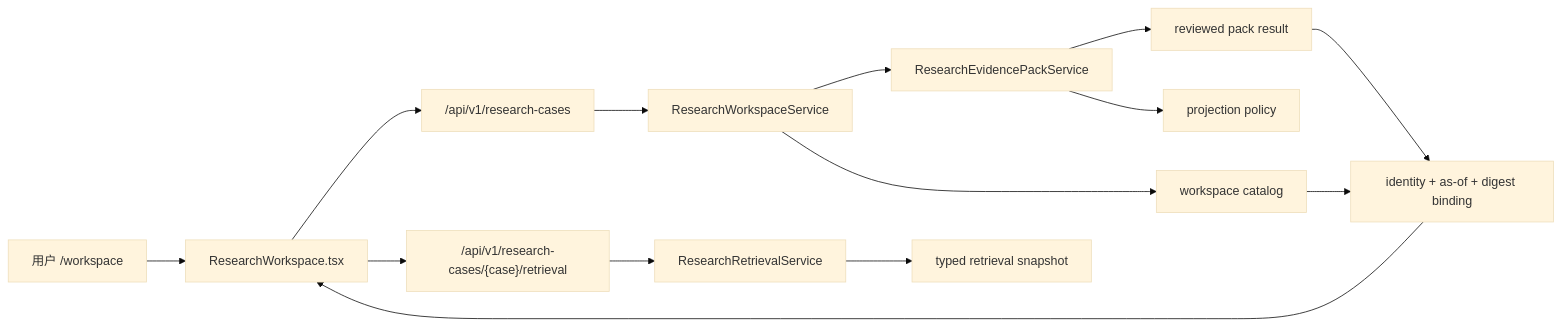
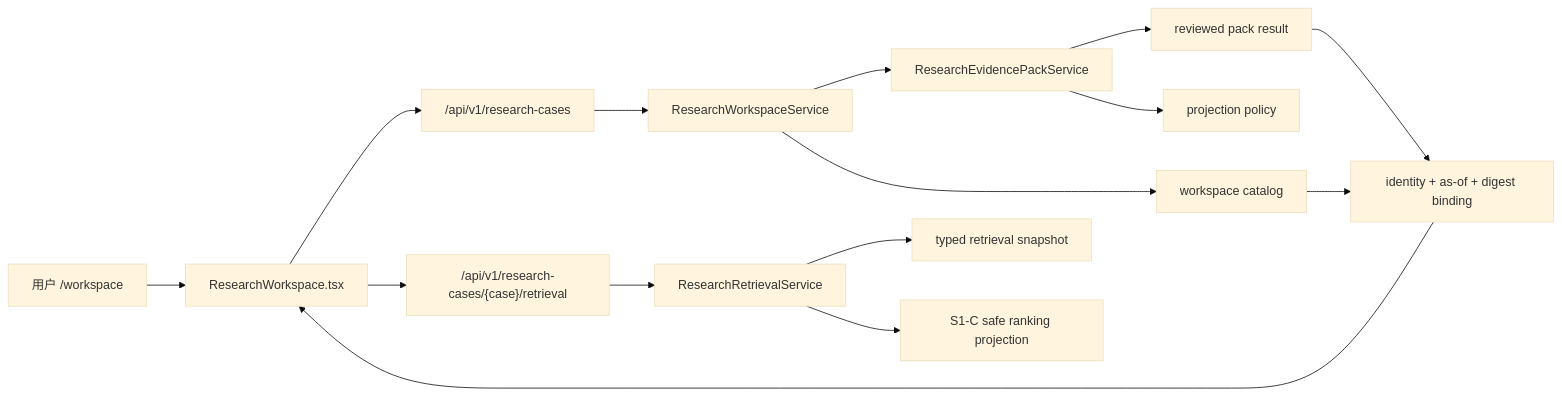
One commit to William-Huang274/FIN_Insight_Agent changed the first of 2 diagrams in docs/architecture/repository/FIN_0_1_3_CURRENT_BASELINE_CODE_MAP_20260811.zh-CN.md. Above: the diagram before and after it, drawn with Mermaid (base theme). The commit also changed other lines of this file and 32 other files, not shown here.

````diff
--- a/docs/architecture/repository/FIN_0_1_3_CURRENT_BASELINE_CODE_MAP_20260811.zh-CN.md
+++ b/docs/architecture/repository/FIN_0_1_3_CURRENT_BASELINE_CODE_MAP_20260811.zh-CN.md
@@ -12,16 +12,17 @@
 ```mermaid
 flowchart LR
     U["用户 /workspace"] --> UI["ResearchWorkspace.tsx"]
     UI --> API["/api/v1/research-cases"]
     UI --> QAPI["/api/v1/research-cases/{case}/retrieval"]
     API --> WS["ResearchWorkspaceService"]
     WS --> EP["ResearchEvidencePackService"]
     WS --> C["workspace catalog"]
     EP --> R["reviewed pack result"]
     EP --> P["projection policy"]
     QAPI --> QS["ResearchRetrievalService"]
     QS --> QR["typed retrieval snapshot"]
+    QS --> RC["S1-C safe ranking projection"]
     C --> B["identity + as-of + digest binding"]
     R --> B
     B --> UI
 ```
````
